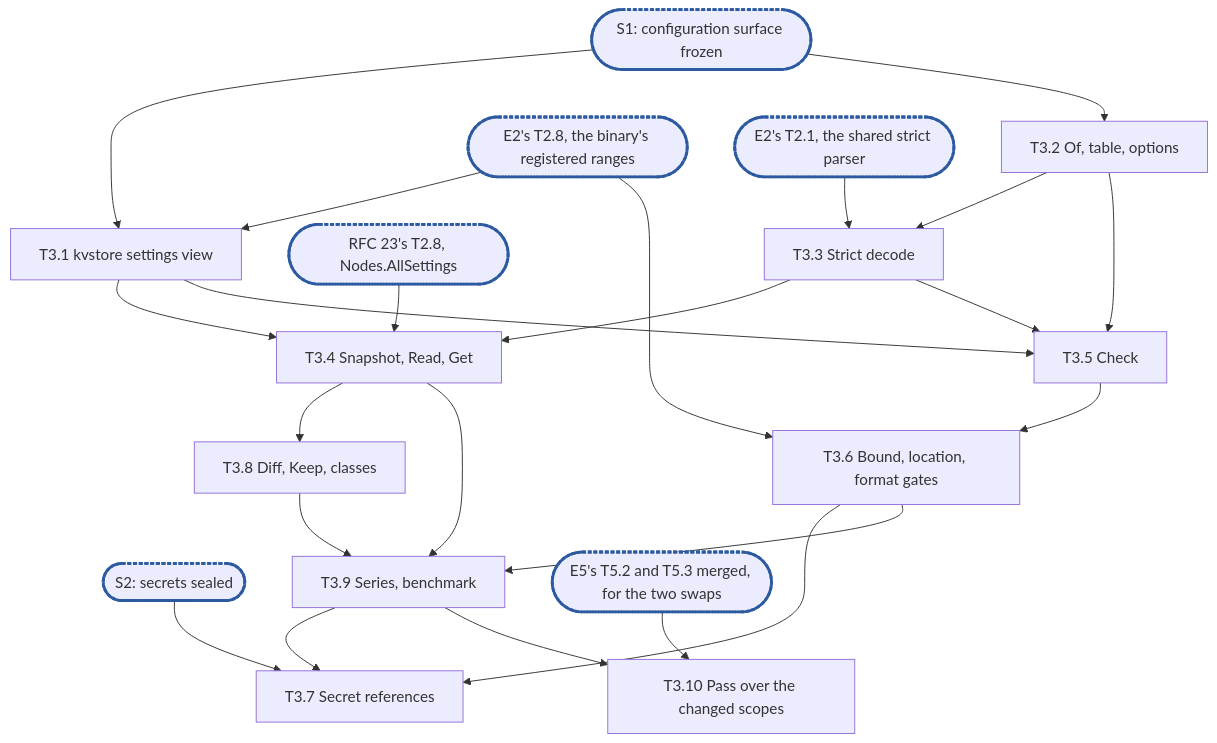
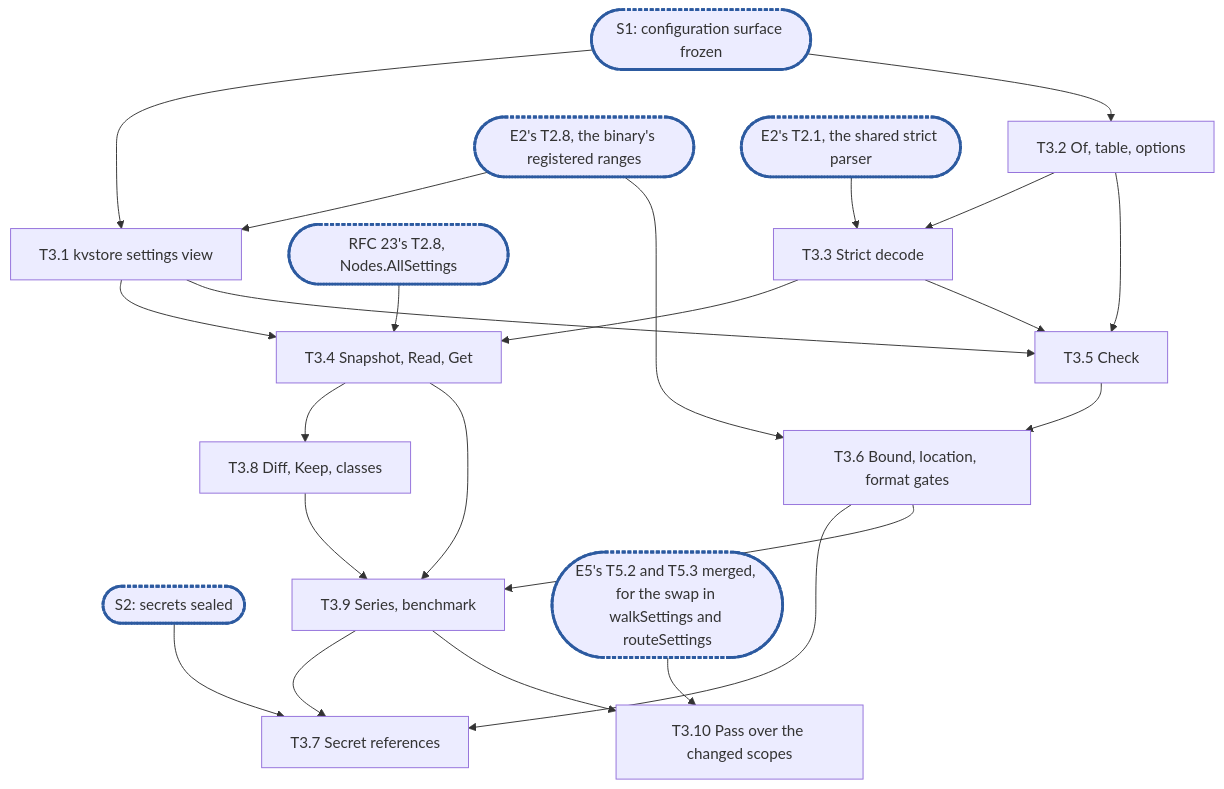
Before and after one commit to cubbit/dittofs: the diagram in .planning/rfc-13-config-epic3.md, drawn with Mermaid. The commit also changed other lines of this file and 3 other files, not shown here.

````diff
--- a/.planning/rfc-13-config-epic3.md
+++ b/.planning/rfc-13-config-epic3.md
@@ -819,21 +826,21 @@
 ```mermaid
 flowchart TD
   S1(["S1: configuration surface frozen"]):::sync --> T3_1["T3.1 kvstore settings view"]
   S1 --> T3_2["T3.2 Of, table, options"]
   T2_8(["E2's T2.8, the binary's registered ranges"]):::sync --> T3_1
   T2_8 --> T3_6
   N2_8(["RFC 23's T2.8, Nodes.AllSettings"]):::sync --> T3_4
   T2_1(["E2's T2.1, the shared strict parser"]):::sync --> T3_3
   T3_2 --> T3_3["T3.3 Strict decode"]
   T3_1 & T3_3 --> T3_4["T3.4 Snapshot, Read, Get"]
   T3_1 & T3_2 & T3_3 --> T3_5["T3.5 Check"]
   T3_5 --> T3_6["T3.6 Bound, location, format gates"]
   S2(["S2: secrets sealed"]):::sync --> T3_7["T3.7 Secret references"]
   T3_6 --> T3_7
   T3_9 --> T3_7
   T3_4 --> T3_8["T3.8 Diff, Keep, classes"]
   T3_4 & T3_6 & T3_8 --> T3_9["T3.9 Series, benchmark"]
   T3_9 --> T3_10["T3.10 Pass over the changed scopes"]
-  T5_2(["E5's T5.2 and T5.3 merged, for the two swaps"]):::sync --> T3_10
+  T5_2(["E5's T5.2 and T5.3 merged, for the swap in walkSettings and routeSettings"]):::sync --> T3_10
   classDef sync stroke:#2c5aa0,stroke-width:3px,stroke-dasharray:4 2
 ```
````
